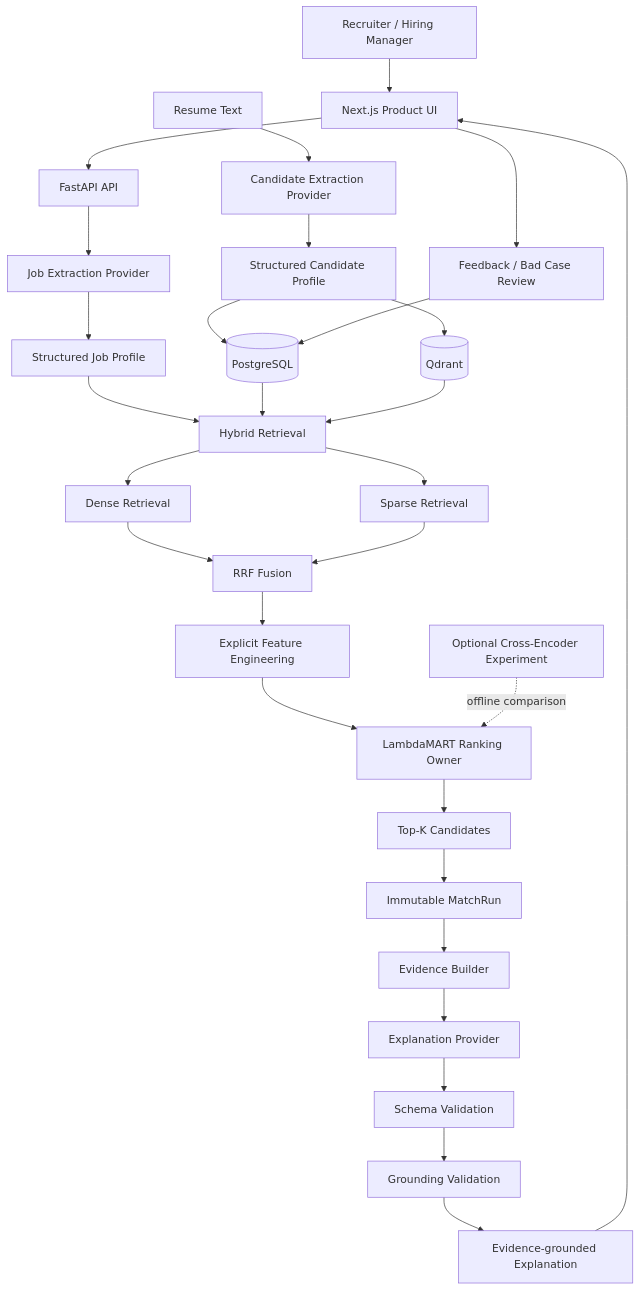
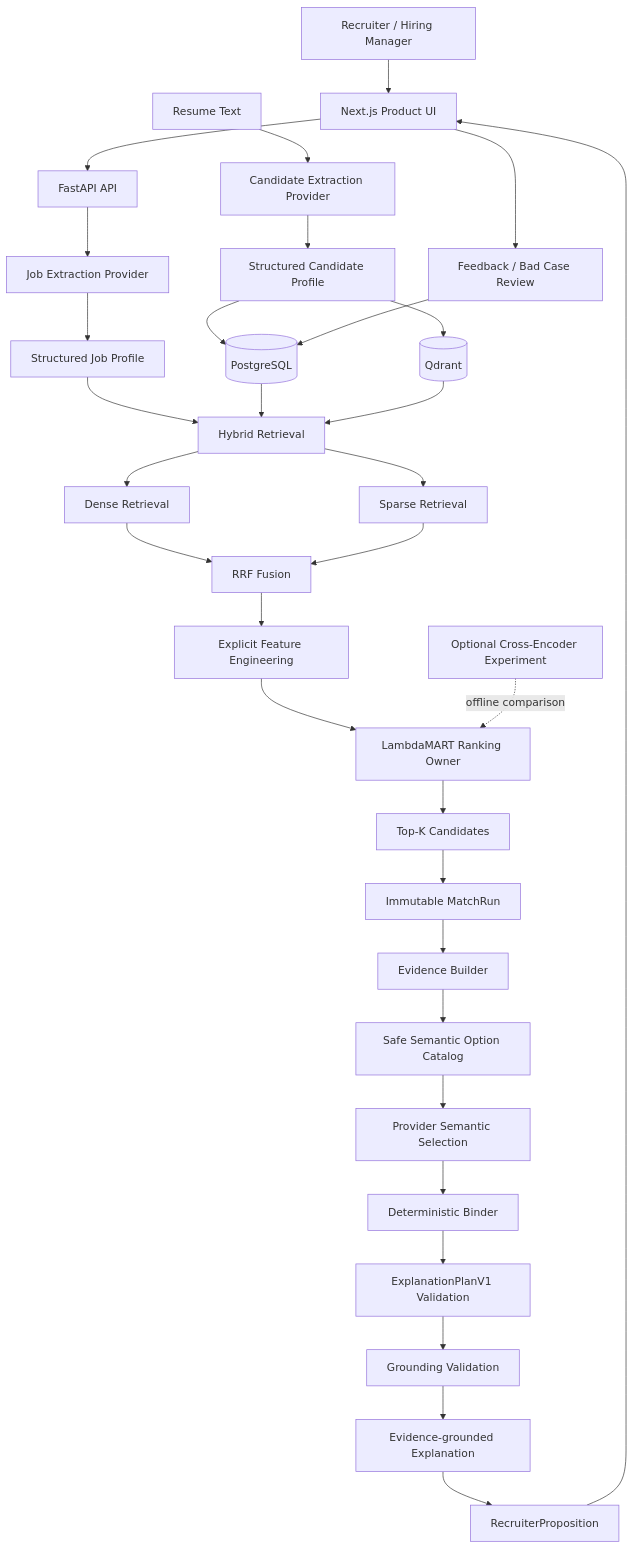
Before and after one commit to rM0on/peoplematch-agent: the diagram in README.md, drawn with Mermaid. The commit also changed other lines of this file and 239 other files, not shown here.

````diff
--- a/README.md
+++ b/README.md
@@ -86,37 +82,40 @@
 ```mermaid
 flowchart TD
     U[Recruiter / Hiring Manager] --> UI[Next.js Product UI]
     UI --> API[FastAPI API]
 
     API --> JE[Job Extraction Provider]
     JE --> JP[Structured Job Profile]
 
     R[Resume Text] --> CE[Candidate Extraction Provider]
     CE --> CP[Structured Candidate Profile]
     CP --> PG[(PostgreSQL)]
     CP --> QD[(Qdrant)]
 
     JP --> HR[Hybrid Retrieval]
     PG --> HR
     QD --> HR
     HR --> D[Dense Retrieval]
     HR --> S[Sparse Retrieval]
     D --> RRF[RRF Fusion]
     S --> RRF
     RRF --> FE[Explicit Feature Engineering]
     FE --> LTR[LambdaMART Ranking Owner]
     LTR --> TOP[Top-K Candidates]
 
     TOP --> MR[Immutable MatchRun]
     MR --> EB[Evidence Builder]
-    EB --> EP[Explanation Provider]
-    EP --> SV[Schema Validation]
+    EB --> CAT[Safe Semantic Option Catalog]
+    CAT --> EP[Provider Semantic Selection]
+    EP --> BIND[Deterministic Binder]
+    BIND --> SV[ExplanationPlanV1 Validation]
     SV --> GV[Grounding Validation]
     GV --> EX[Evidence-grounded Explanation]
-    EX --> UI
+    EX --> RP[RecruiterProposition]
+    RP --> UI
 
     UI --> FB[Feedback / Bad Case Review]
     FB --> PG
 
     CEOPT[Optional Cross-Encoder Experiment] -. offline comparison .-> LTR
 ```
````
